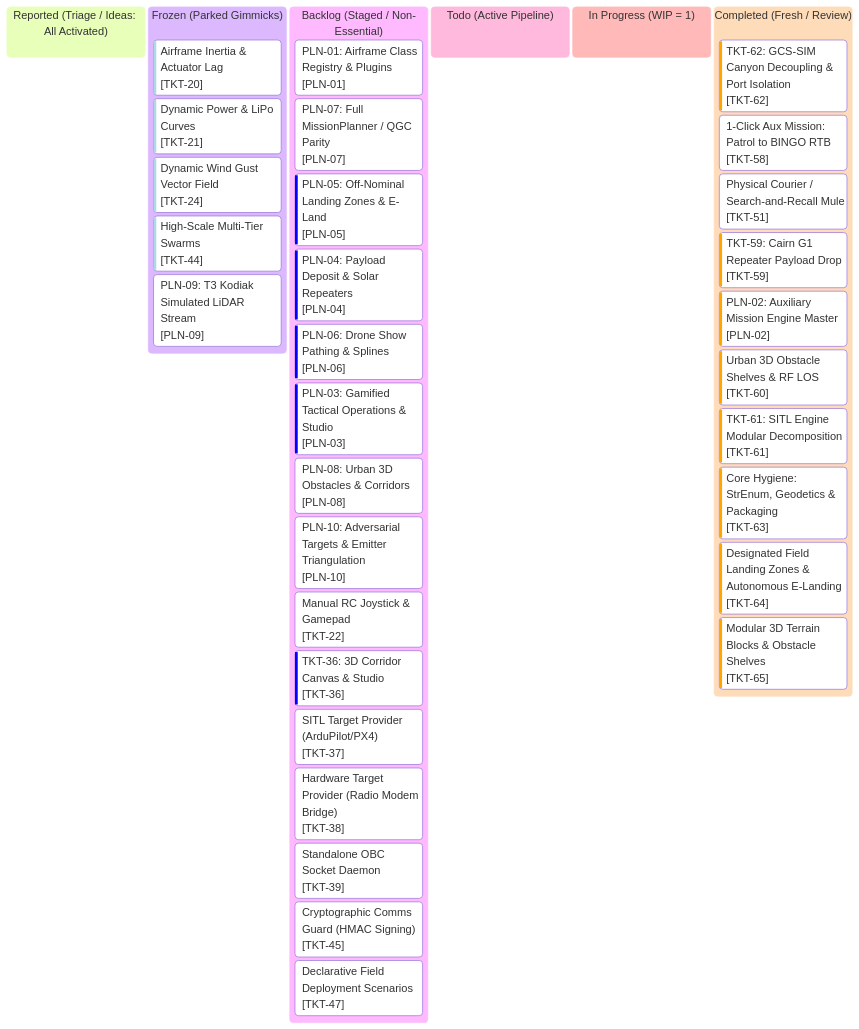
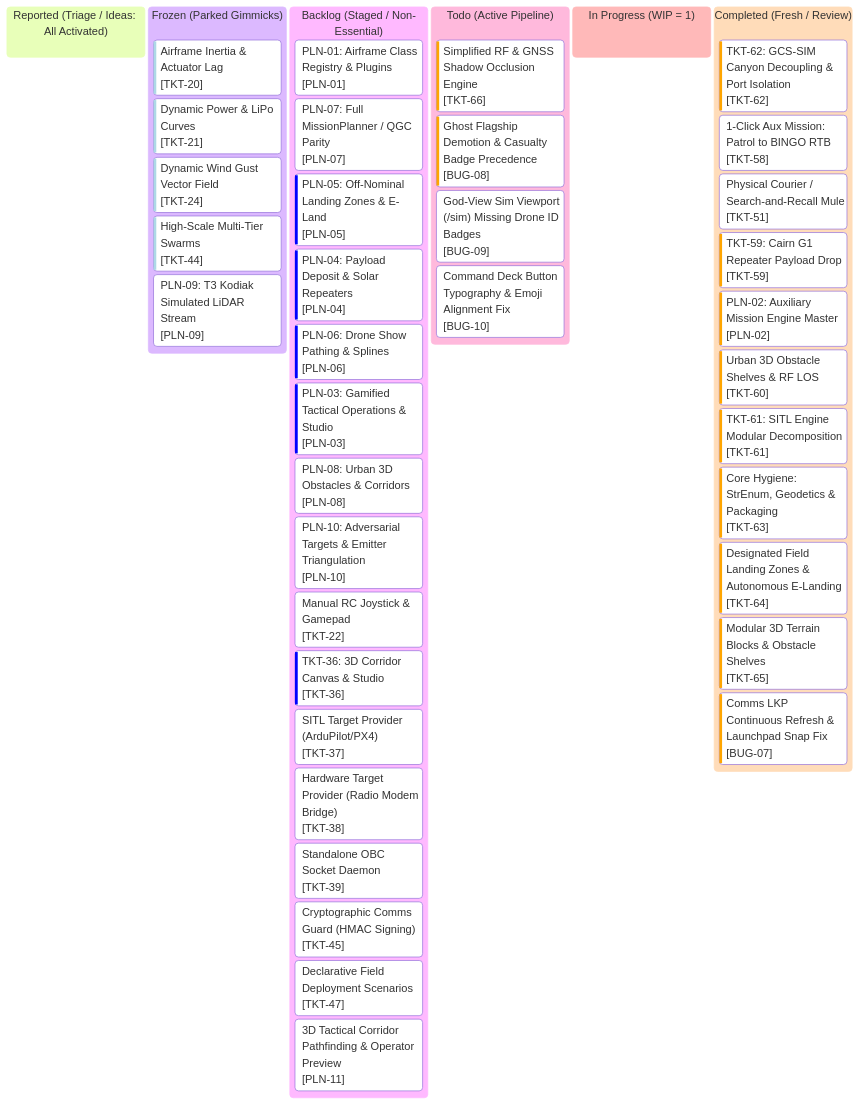
The diagram in roadmap/kanban.md (AlitheiaDeus/AlitheiaHive), drawn with Mermaid before and after one commit. The commit also changed other lines of this file and 11 other files, not shown here.

Commit message:
fix(sim): continuously refresh drone LKP during active downlink (BUG-07)

````diff
--- a/roadmap/kanban.md
+++ b/roadmap/kanban.md
@@ -10,59 +10,65 @@
 ```mermaid
 %%{init: {
   'theme': 'base',
   'themeVariables': {
     'primaryColor': '#0d2235',
     'primaryTextColor': '#d4f4ff',
     'primaryBorderColor': '#00f0ff',
     'lineColor': '#00f0ff',
     'background': '#061019',
     'mainBkg': '#0a1926',
     'secondaryColor': '#081420',
     'secondaryTextColor': '#5a7e96',
     'secondaryBorderColor': '#134e6f',
     'tertiaryColor': '#0e263d',
     'tertiaryTextColor': '#00ffaa',
     'tertiaryBorderColor': '#00ffaa',
     'clusterBkg': '#081420',
     'clusterBorder': '#134e6f',
     'fontFamily': "'JetBrains Mono', 'Courier New', monospace"
   }
 }}%%
 kanban
   reported["Reported (Triage / Ideas: All Activated)"]
   frozen["Frozen (Parked Gimmicks)"]
     tkt20["Airframe Inertia & Actuator Lag"]@{ ticket: '[TKT-20]', priority: 'Very Low' }
     tkt21["Dynamic Power & LiPo Curves"]@{ ticket: '[TKT-21]', priority: 'Very Low' }
     tkt24["Dynamic Wind Gust Vector Field"]@{ ticket: '[TKT-24]', priority: 'Very Low' }
     tkt44["High-Scale Multi-Tier Swarms"]@{ ticket: '[TKT-44]', priority: 'Very Low' }
     pln09["PLN-09: T3 Kodiak Simulated LiDAR Stream"]@{ ticket: '[PLN-09]', priority: 'Medium' }
   backlog["Backlog (Staged / Non-Essential)"]
     pln01["PLN-01: Airframe Class Registry & Plugins"]@{ ticket: '[PLN-01]', priority: 'Medium' }
     pln07["PLN-07: Full MissionPlanner / QGC Parity"]@{ ticket: '[PLN-07]', priority: 'Medium' }
     pln05["PLN-05: Off-Nominal Landing Zones & E-Land"]@{ ticket: '[PLN-05]', priority: 'Low' }
     pln04["PLN-04: Payload Deposit & Solar Repeaters"]@{ ticket: '[PLN-04]', priority: 'Low' }
     pln06["PLN-06: Drone Show Pathing & Splines"]@{ ticket: '[PLN-06]', priority: 'Low' }
     pln03["PLN-03: Gamified Tactical Operations & Studio"]@{ ticket: '[PLN-03]', priority: 'Low' }
     pln08["PLN-08: Urban 3D Obstacles & Corridors"]@{ ticket: '[PLN-08]', priority: 'Medium' }
     pln10["PLN-10: Adversarial Targets & Emitter Triangulation"]@{ ticket: '[PLN-10]', priority: 'Medium' }
     tkt22["Manual RC Joystick & Gamepad"]@{ ticket: '[TKT-22]', priority: 'Medium' }
     tkt36["TKT-36: 3D Corridor Canvas & Studio"]@{ ticket: '[TKT-36]', priority: 'Low' }
     tkt37["SITL Target Provider (ArduPilot/PX4)"]@{ ticket: '[TKT-37]', priority: 'Medium' }
     tkt38["Hardware Target Provider (Radio Modem Bridge)"]@{ ticket: '[TKT-38]', priority: 'Medium' }
     tkt39["Standalone OBC Socket Daemon"]@{ ticket: '[TKT-39]', priority: 'Medium' }
     tkt45["Cryptographic Comms Guard (HMAC Signing)"]@{ ticket: '[TKT-45]', priority: 'Medium' }
     tkt47["Declarative Field Deployment Scenarios"]@{ ticket: '[TKT-47]', priority: 'Medium' }
+    pln11["3D Tactical Corridor Pathfinding & Operator Preview"]@{ ticket: '[PLN-11]', priority: 'Medium' }
   todo["Todo (Active Pipeline)"]
+    tkt66["Simplified RF & GNSS Shadow Occlusion Engine"]@{ ticket: '[TKT-66]', priority: 'High' }
+    bug08["Ghost Flagship Demotion & Casualty Badge Precedence"]@{ ticket: '[BUG-08]', priority: 'High' }
+    bug09["God-View Sim Viewport (/sim) Missing Drone ID Badges"]@{ ticket: '[BUG-09]', priority: 'Normal' }
+    bug10["Command Deck Button Typography & Emoji Alignment Fix"]@{ ticket: '[BUG-10]', priority: 'Normal' }
   in_progress["In Progress (WIP = 1)"]
   completed["Completed (Fresh / Review)"]
     tkt62["TKT-62: GCS-SIM Canyon Decoupling & Port Isolation"]@{ ticket: '[TKT-62]', priority: 'High' }
     tkt58["1-Click Aux Mission: Patrol to BINGO RTB"]@{ ticket: '[TKT-58]', priority: 'Medium' }
     tkt51["Physical Courier / Search-and-Recall Mule"]@{ ticket: '[TKT-51]', priority: 'Medium' }
     tkt59["TKT-59: Cairn G1 Repeater Payload Drop"]@{ ticket: '[TKT-59]', priority: 'High' }
     pln02["PLN-02: Auxiliary Mission Engine Master"]@{ ticket: '[PLN-02]', priority: 'High' }
     tkt60["Urban 3D Obstacle Shelves & RF LOS"]@{ ticket: '[TKT-60]', priority: 'High' }
     tkt61["TKT-61: SITL Engine Modular Decomposition"]@{ ticket: '[TKT-61]', priority: 'High' }
     tkt63["Core Hygiene: StrEnum, Geodetics & Packaging"]@{ ticket: '[TKT-63]', priority: 'High' }
     tkt64["Designated Field Landing Zones & Autonomous E-Landing"]@{ ticket: '[TKT-64]', priority: 'High' }
     tkt65["Modular 3D Terrain Blocks & Obstacle Shelves"]@{ ticket: '[TKT-65]', priority: 'High' }
+    bug07["Comms LKP Continuous Refresh & Launchpad Snap Fix"]@{ ticket: '[BUG-07]', priority: 'High' }
 ```
````
